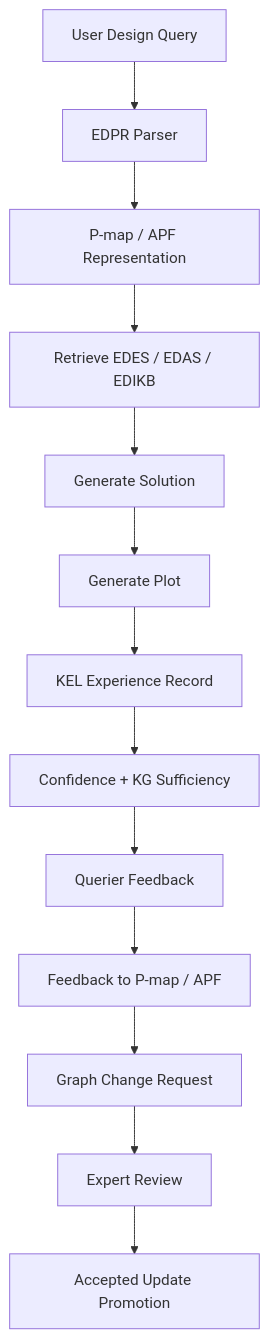
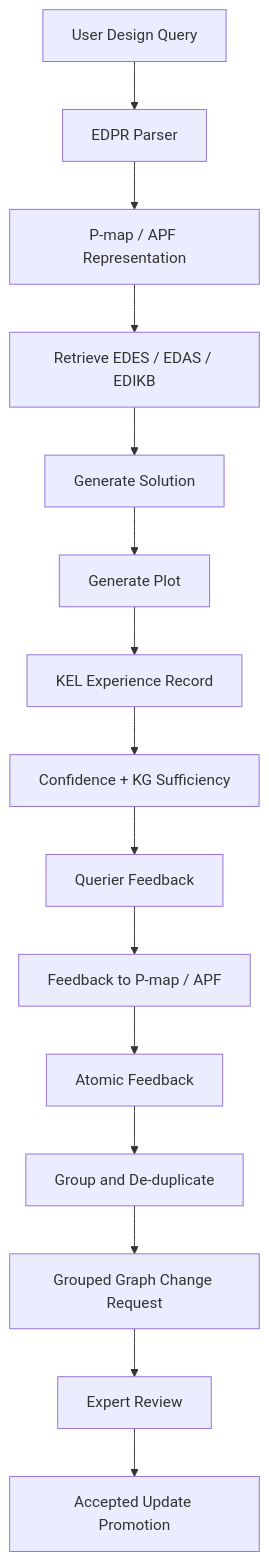
The diagram in knowledge/kel/KEL_WORKFLOW.md (sreekx007/Slay-ILS-Designer-V1.0), drawn with Mermaid before and after one commit. The commit also changed other lines of this file and 60 other files, not shown here.

````diff
--- a/knowledge/kel/KEL_WORKFLOW.md
+++ b/knowledge/kel/KEL_WORKFLOW.md
@@ -66,15 +68,17 @@
 ```mermaid
 flowchart TD
   A["User Design Query"] --> B["EDPR Parser"]
   B --> C["P-map / APF Representation"]
   C --> D["Retrieve EDES / EDAS / EDIKB"]
   D --> E["Generate Solution"]
   E --> F["Generate Plot"]
   F --> G["KEL Experience Record"]
   G --> H["Confidence + KG Sufficiency"]
   H --> I["Querier Feedback"]
   I --> J["Feedback to P-map / APF"]
-  J --> K["Graph Change Request"]
+  J --> J1["Atomic Feedback"]
+  J1 --> J2["Group and De-duplicate"]
+  J2 --> K["Grouped Graph Change Request"]
   K --> L["Expert Review"]
   L --> M["Accepted Update Promotion"]
 ```
````
